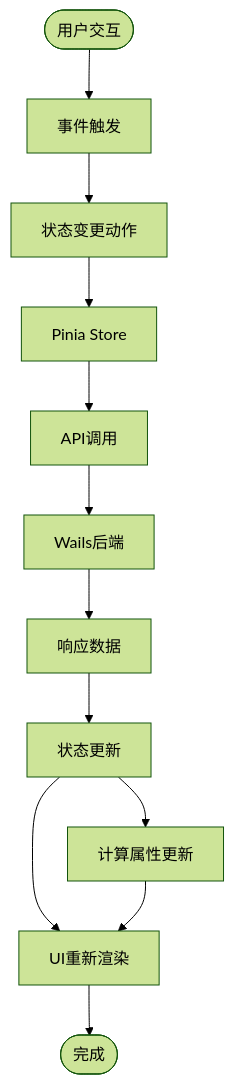
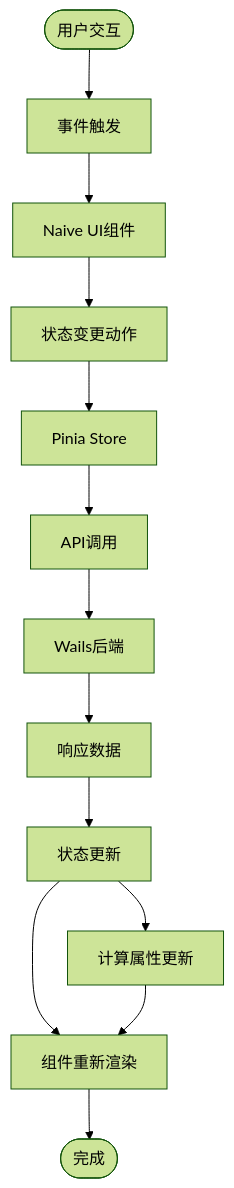
Before and after one commit to itsharex/NexTunnel: the fifth of 15 diagrams in .qoder/repowiki/zh/content/架构设计/桌面端架构设计/前端架构设计/前端架构设计.md, drawn with Mermaid (forest theme). The commit also changed other lines of this file and 41 other files, not shown here.

````diff
--- a/.qoder/repowiki/zh/content/架构设计/桌面端架构设计/前端架构设计/前端架构设计.md
+++ b/.qoder/repowiki/zh/content/架构设计/桌面端架构设计/前端架构设计/前端架构设计.md
@@ -221,14 +287,15 @@
 ```mermaid
 flowchart TD
 Start([用户交互]) --> Event[事件触发]
-Event --> Action[状态变更动作]
+Event --> Component[Naive UI组件]
+Component --> Action[状态变更动作]
 Action --> Store[Pinia Store]
 Store --> API[API调用]
 API --> Backend[Wails后端]
 Backend --> Response[响应数据]
 Response --> StoreUpdate[状态更新]
-StoreUpdate --> UIUpdate[UI重新渲染]
-UIUpdate --> End([完成])
+StoreUpdate --> ComponentUpdate[组件重新渲染]
+ComponentUpdate --> End([完成])
 StoreUpdate --> Computed[计算属性更新]
-Computed --> UIUpdate
+Computed --> ComponentUpdate
 ```
````
